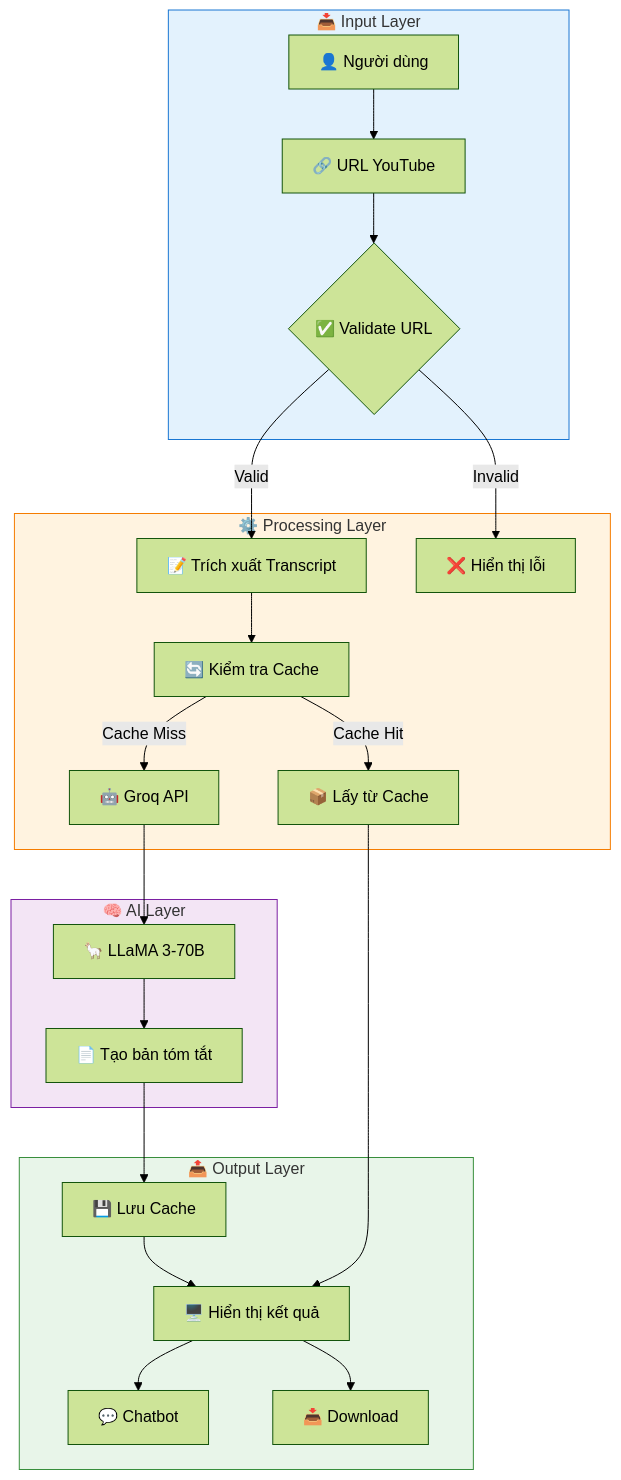
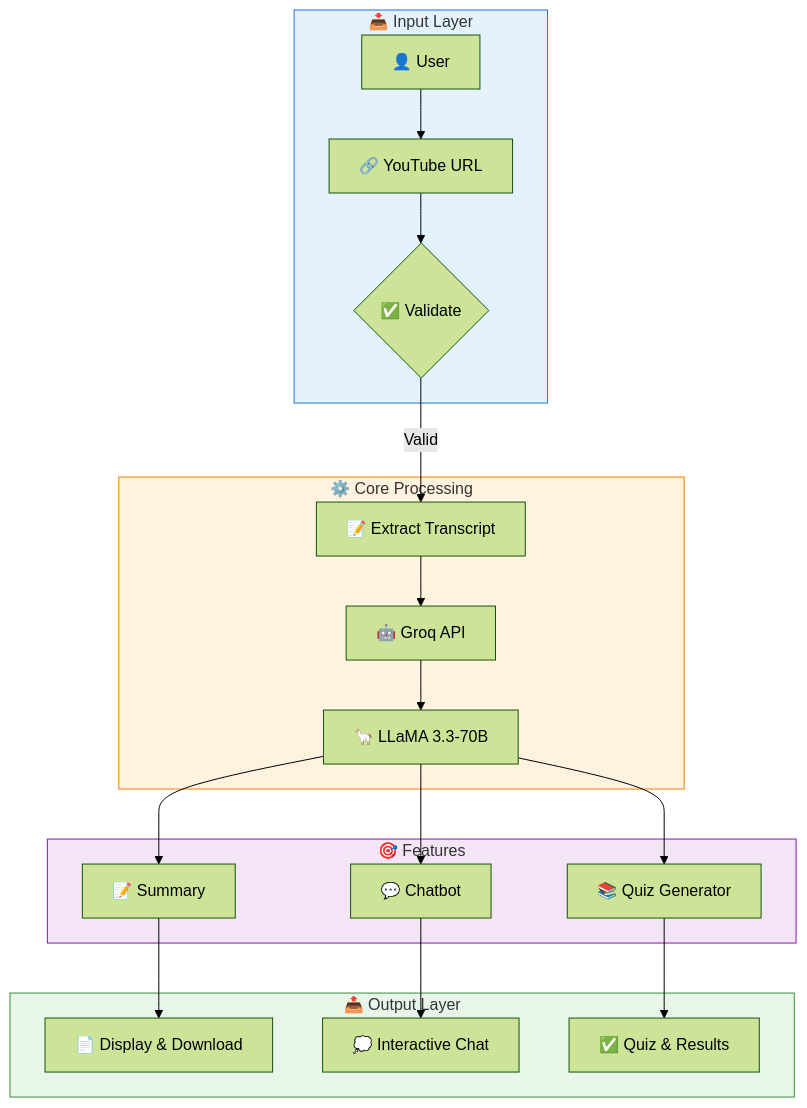
One commit to phuc2502/sumarizer_youtube changed the first of 5 diagrams in README.md. Above: the diagram before and after it, drawn with Mermaid (forest theme). The commit also changed other lines of this file, not shown here.

````diff
--- a/README.md
+++ b/README.md
@@ -93,33 +154,30 @@
 ```mermaid
 flowchart TB
     subgraph Input["📥 Input Layer"]
-        A[👤 Người dùng] --> B[🔗 URL YouTube]
-        B --> C{✅ Validate URL}
+        A[👤 User] --> B[🔗 YouTube URL]
+        B --> C{✅ Validate}
     end
     
-    subgraph Processing["⚙️ Processing Layer"]
-        C -->|Valid| D[📝 Trích xuất Transcript]
-        C -->|Invalid| E[❌ Hiển thị lỗi]
-        D --> F[🔄 Kiểm tra Cache]
-        F -->|Cache Miss| G[🤖 Groq API]
-        F -->|Cache Hit| H[📦 Lấy từ Cache]
+    subgraph Core["⚙️ Core Processing"]
+        C -->|Valid| D[📝 Extract Transcript]
+        D --> E[🤖 Groq API]
+        E --> F[🦙 LLaMA 3.3-70B]
     end
     
-    subgraph AI["🧠 AI Layer"]
-        G --> I[🦙 LLaMA 3-70B]
-        I --> J[📄 Tạo bản tóm tắt]
+    subgraph Features["🎯 Features"]
+        F --> G[📝 Summary]
+        F --> H[💬 Chatbot]
+        F --> I[📚 Quiz Generator]
     end
     
     subgraph Output["📤 Output Layer"]
-        J --> K[💾 Lưu Cache]
-        K --> L[🖥️ Hiển thị kết quả]
-        H --> L
-        L --> M[💬 Chatbot]
-        L --> N[📥 Download]
+        G --> J[📄 Display & Download]
+        H --> K[💭 Interactive Chat]
+        I --> L[✅ Quiz & Results]
     end
     
     style Input fill:#e3f2fd,stroke:#1976d2
-    style Processing fill:#fff3e0,stroke:#f57c00
-    style AI fill:#f3e5f5,stroke:#7b1fa2
+    style Core fill:#fff3e0,stroke:#f57c00
+    style Features fill:#f3e5f5,stroke:#7b1fa2
     style Output fill:#e8f5e9,stroke:#388e3c
 ```
````
